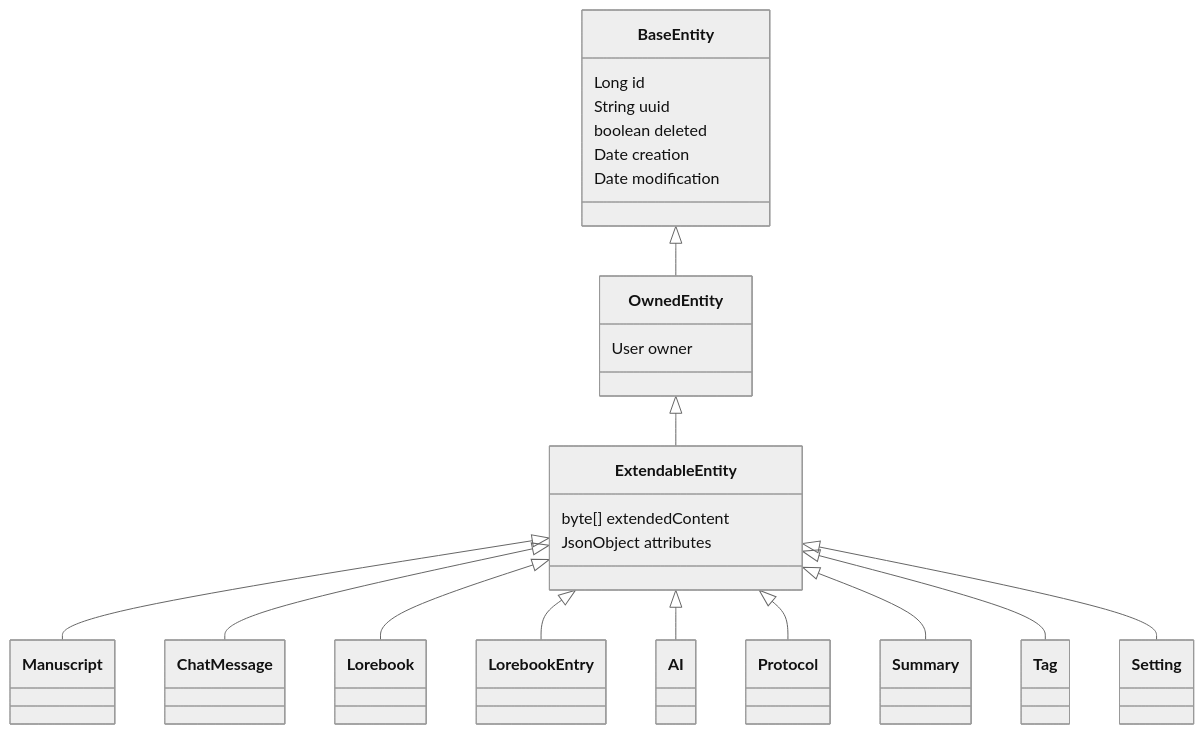
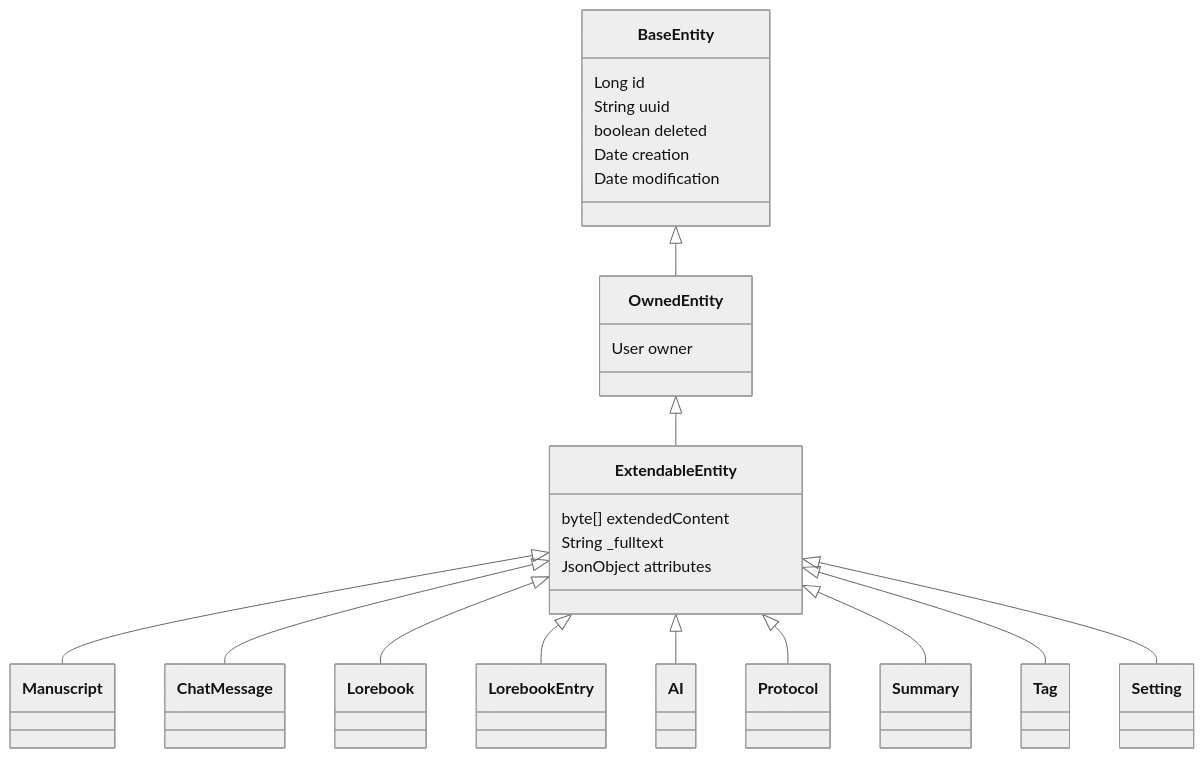
Before and after one commit to Enerccio/Marginalia: the fourth of 6 diagrams in docs/developer/architecture.md, drawn with Mermaid (neutral theme). The commit also changed other lines of this file and 76 other files, not shown here.

````diff
--- a/docs/developer/architecture.md
+++ b/docs/developer/architecture.md
@@ -234,28 +234,29 @@
 ```mermaid
 classDiagram
     class BaseEntity {
         Long id
         String uuid
         boolean deleted
         Date creation
         Date modification
     }
     class OwnedEntity {
         User owner
     }
     class ExtendableEntity {
         byte[] extendedContent
+        String _fulltext
         JsonObject attributes
     }
     BaseEntity <|-- OwnedEntity
     OwnedEntity <|-- ExtendableEntity
     ExtendableEntity <|-- Manuscript
     ExtendableEntity <|-- ChatMessage
     ExtendableEntity <|-- Lorebook
     ExtendableEntity <|-- LorebookEntry
     ExtendableEntity <|-- AI
     ExtendableEntity <|-- Protocol
     ExtendableEntity <|-- Summary
     ExtendableEntity <|-- Tag
     ExtendableEntity <|-- Setting
 ```
````
